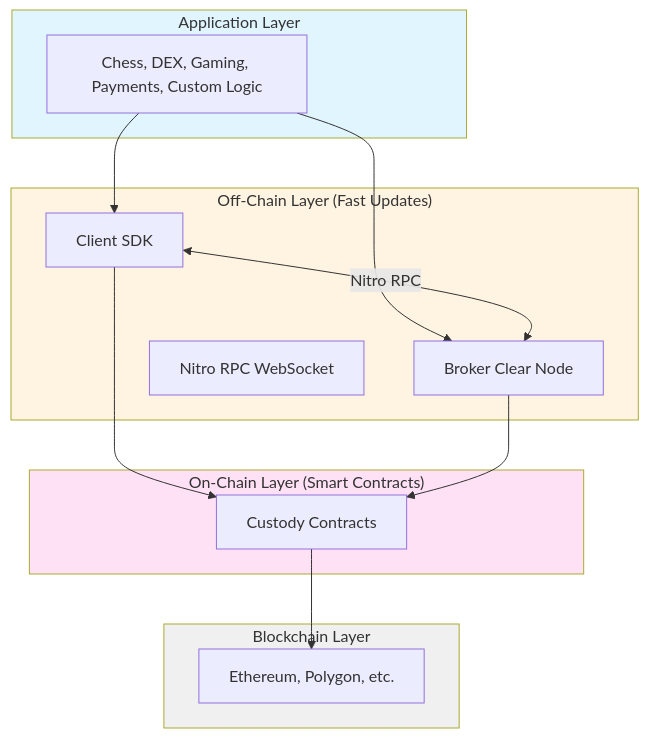
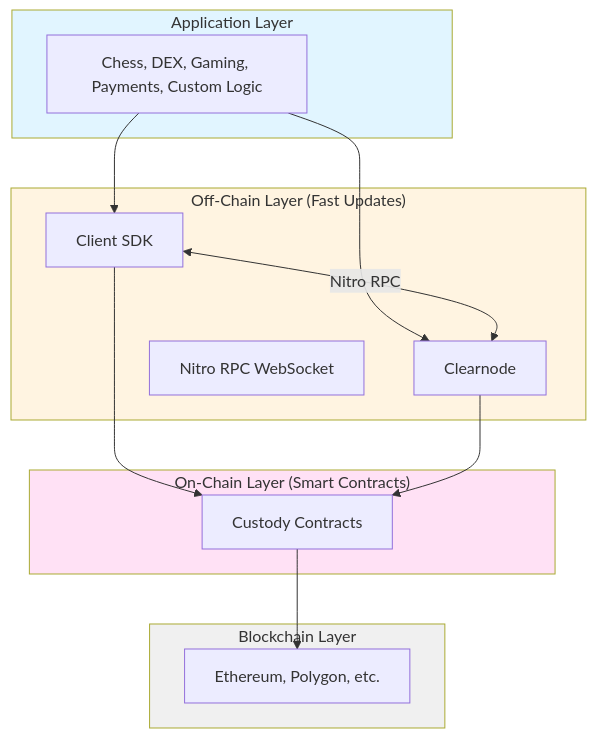
Before and after one commit to layer-3/docs: the first of 4 diagrams in docs/protocol/architecture.mdx, drawn with Mermaid. The commit also changed other lines of this file and 6 other files, not shown here.

````diff
--- a/docs/protocol/architecture.mdx
+++ b/docs/protocol/architecture.mdx
@@ -14,32 +14,32 @@
 ```mermaid
 graph TB
     subgraph Application["Application Layer"]
         APP[Chess, DEX, Gaming, Payments, Custom Logic]
     end
     
     subgraph OffChain["Off-Chain Layer (Fast Updates)"]
         CLIENT[Client SDK]
-        BROKER[Broker Clear Node]
+        BROKER[Clearnode]
         RPC[Nitro RPC WebSocket]
     end
     
     subgraph OnChain["On-Chain Layer (Smart Contracts)"]
         CONTRACTS[Custody Contracts]
     end
     
     subgraph Blockchain["Blockchain Layer"]
         CHAIN[Ethereum, Polygon, etc.]
     end
     
     APP --> CLIENT
     APP --> BROKER
     CLIENT <-->|Nitro RPC| BROKER
     CLIENT --> CONTRACTS
     BROKER --> CONTRACTS
     CONTRACTS --> CHAIN
     
     style Application fill:#e1f5ff
     style OffChain fill:#fff4e1
     style OnChain fill:#ffe1f5
     style Blockchain fill:#f0f0f0
 ```
````
